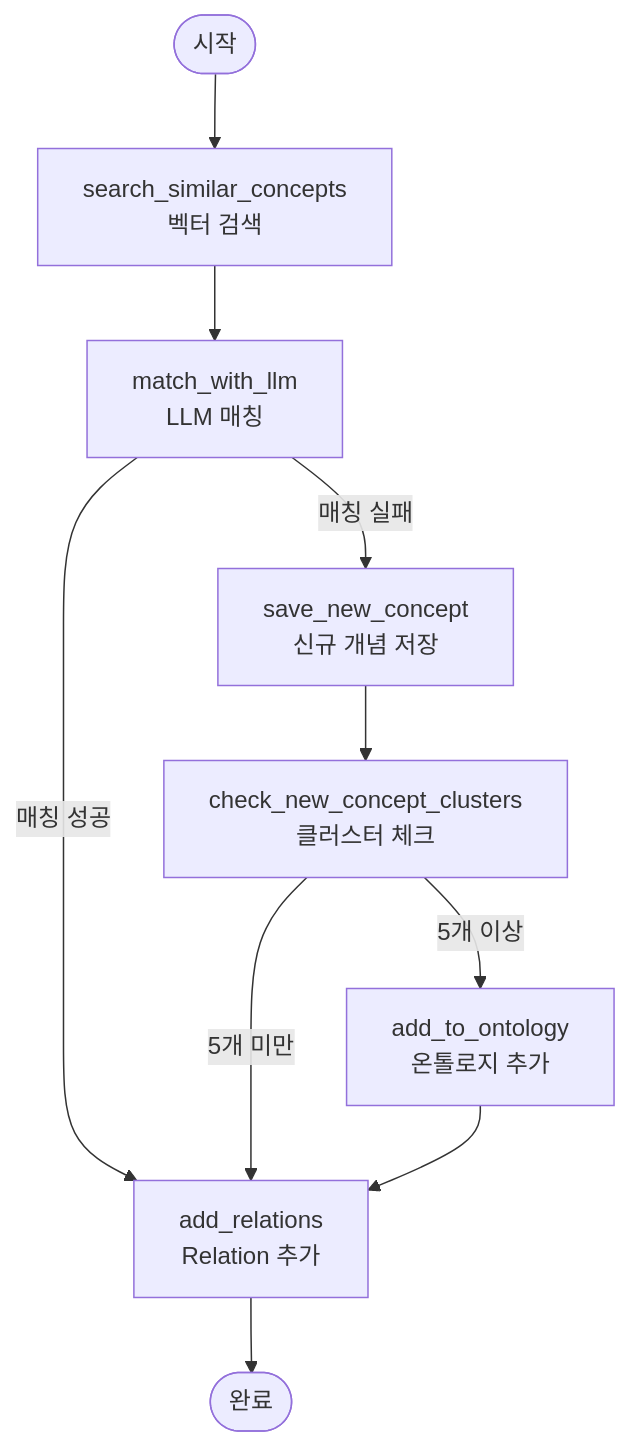
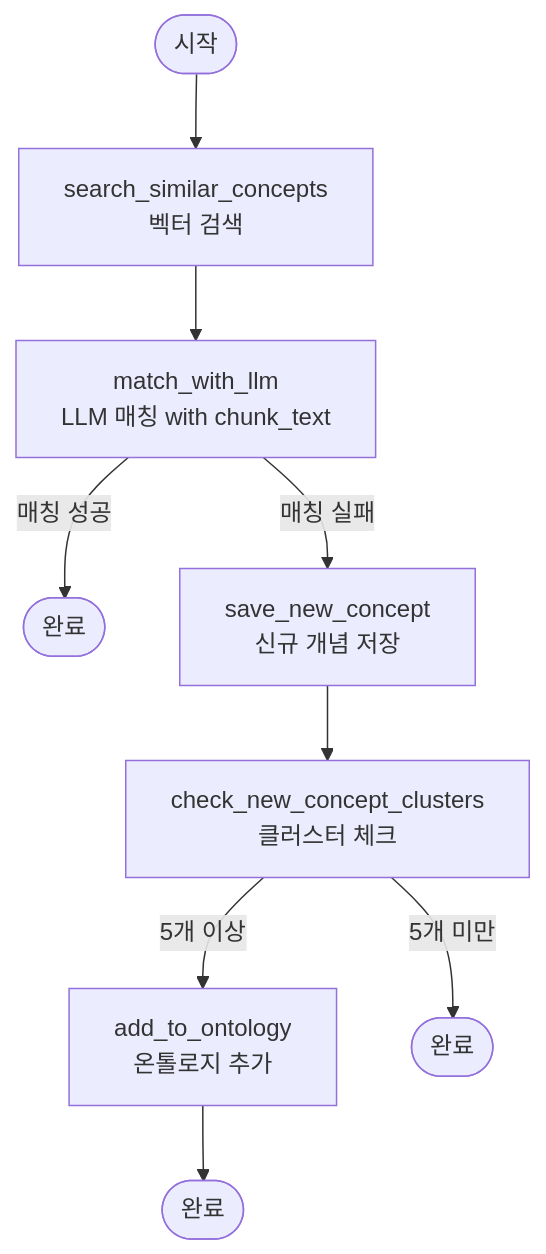
Before and after one commit to springCoolers/cherry-in-the-haystack: the diagram in dev/packages/ontology/README.md, drawn with Mermaid. The commit also changed other lines of this file and 37 other files, not shown here.

````diff
--- a/dev/packages/ontology/README.md
+++ b/dev/packages/ontology/README.md
@@ -89,12 +256,11 @@
 ```mermaid
 graph TD
     Start([시작]) --> SearchSimilar[search_similar_concepts<br/>벡터 검색]
-    SearchSimilar --> MatchLLM[match_with_llm<br/>LLM 매칭]
-    MatchLLM -->|매칭 성공| AddRelations[add_relations<br/>Relation 추가]
+    SearchSimilar --> MatchLLM[match_with_llm<br/>LLM 매칭 with chunk_text]
+    MatchLLM -->|매칭 성공| End1([완료])
     MatchLLM -->|매칭 실패| SaveNew[save_new_concept<br/>신규 개념 저장]
     SaveNew --> CheckCluster[check_new_concept_clusters<br/>클러스터 체크]
     CheckCluster -->|5개 이상| AddOntology[add_to_ontology<br/>온톨로지 추가]
-    CheckCluster -->|5개 미만| AddRelations
-    AddOntology --> AddRelations
-    AddRelations --> End([완료])
+    CheckCluster -->|5개 미만| End2([완료])
+    AddOntology --> End3([완료])
 ```
````
